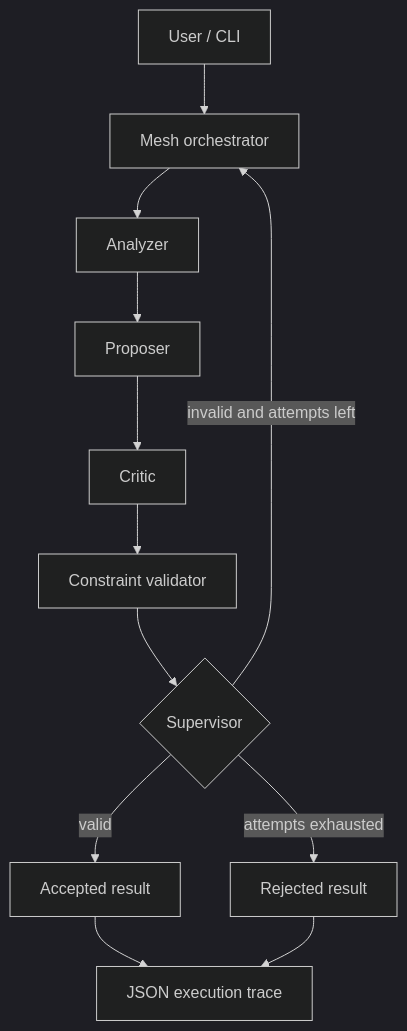
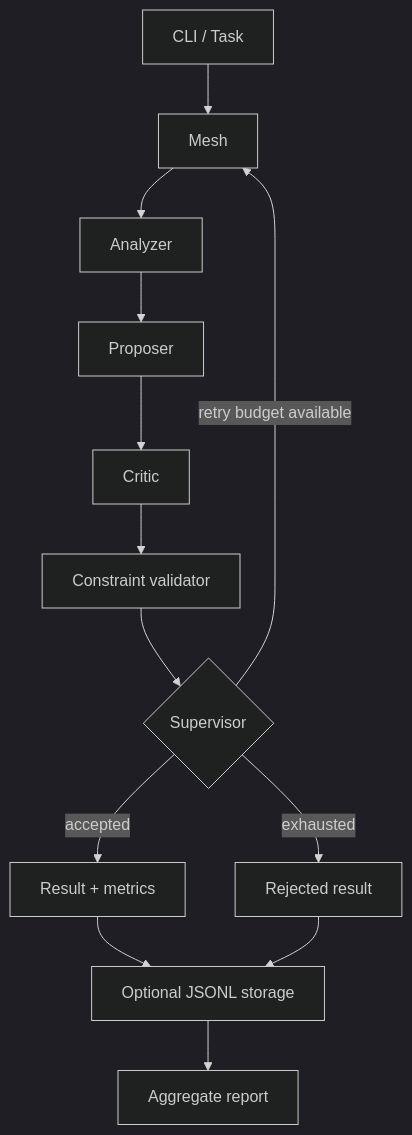
The diagram in README.md (tlpp7/AgentMesh), drawn with Mermaid (dark theme) before and after one commit. The commit also changed other lines of this file and 20 other files, not shown here.

````diff
--- a/README.md
+++ b/README.md
@@ -19,14 +19,15 @@
 ```mermaid
 flowchart TD
- U[User / CLI] --> M[Mesh orchestrator]
+ U[CLI / Task] --> M[Mesh]
  M --> A[Analyzer]
  A --> P[Proposer]
  P --> C[Critic]
  C --> V[Constraint validator]
  V --> S{Supervisor}
- S -->|valid| R[Accepted result]
- S -->|invalid and attempts left| M
- S -->|attempts exhausted| X[Rejected result]
- R --> T[JSON execution trace]
- X --> T
+ S -->|accepted| R[Result + metrics]
+ S -->|retry budget available| M
+ S -->|exhausted| X[Rejected result]
+ R --> J[Optional JSONL storage]
+ X --> J
+ J --> Q[Aggregate report]
 ```
````
